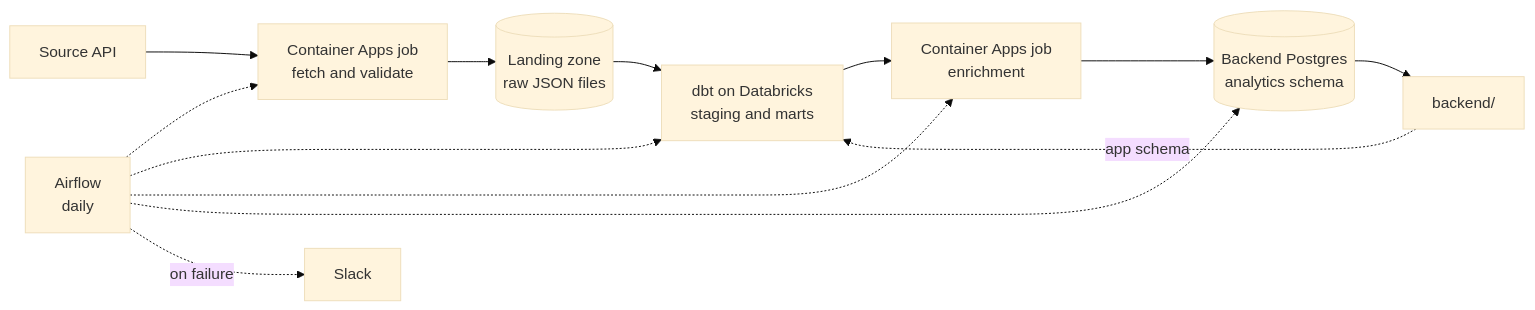
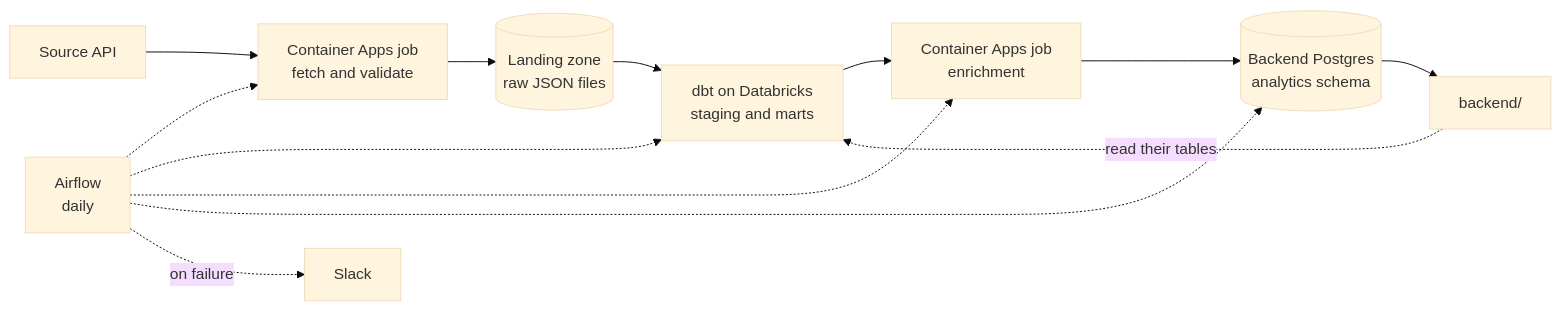
The diagram in data/README.md (HackYourFuture/final-project-template), drawn with Mermaid (base theme) before and after one commit. The commit also changed other lines of this file and 2 other files, not shown here.

First line of the commit message:
refactor(data): drop the app schema, read the backend's own tables

````diff
--- a/data/README.md
+++ b/data/README.md
@@ -15,15 +15,15 @@
 ```mermaid
 flowchart LR
     API["Source API"] --> ACA["Container Apps job<br/>fetch and validate"]
     ACA --> VOL[("Landing zone<br/>raw JSON files")]
     VOL --> DBT["dbt on Databricks<br/>staging and marts"]
     DBT --> EN["Container Apps job<br/>enrichment"]
     EN --> PG[("Backend Postgres<br/>analytics schema")]
     PG --> BE["backend/"]
-    BE -.->|app schema| DBT
+    BE -.->|read their tables| DBT
     AF["Airflow<br/>daily"] -.-> ACA
     AF -.-> DBT
     AF -.-> EN
     AF -.-> PG
     AF -.->|on failure| SL["Slack"]
 ```
````
